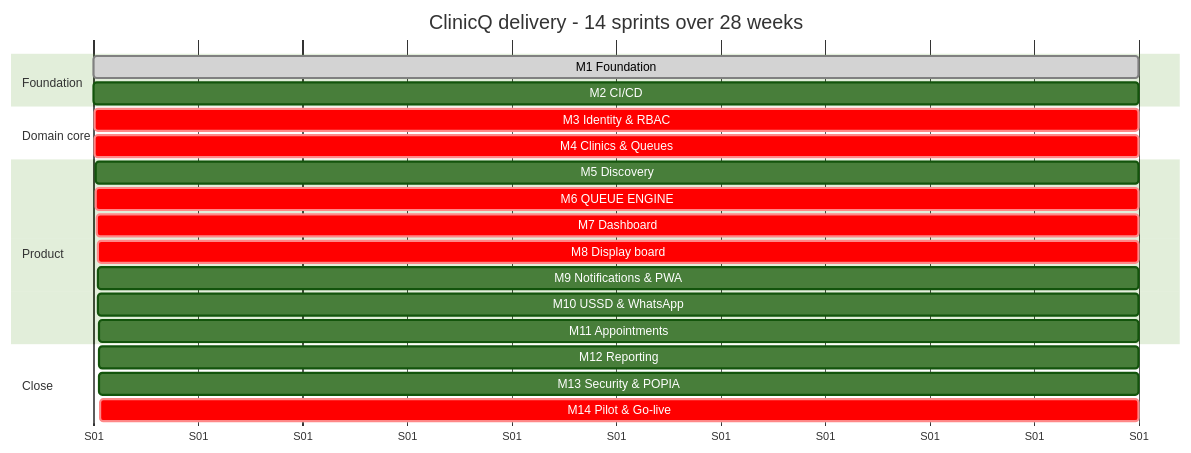
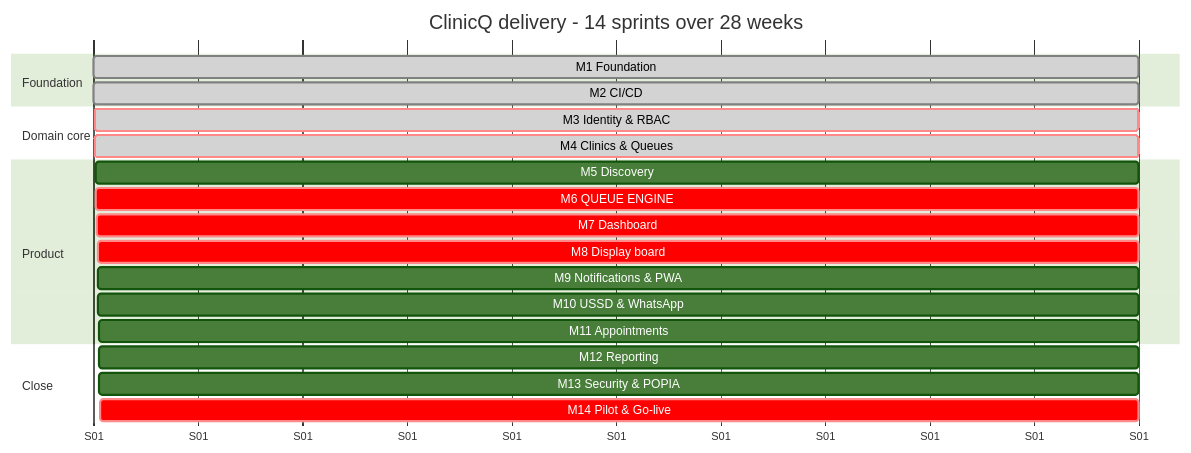
The second of 2 diagrams in docs/PLAN/IMPLEMENTATION_PLAN.md (Billykat7/clinicQ), drawn with Mermaid (forest theme) before and after one commit. The commit also changed 2 other files, not shown here.

First paragraph of the commit message:
Issue 30: Say that M4 is delivered in the docs that track it by hand
The generated bars moved in the last commit; these three files are written by hand and still
described a milestone that had not started.

````diff
--- a/docs/PLAN/IMPLEMENTATION_PLAN.md
+++ b/docs/PLAN/IMPLEMENTATION_PLAN.md
@@ -76,24 +76,24 @@
 ```mermaid
 gantt
     title ClinicQ delivery - 14 sprints over 28 weeks
     dateFormat X
     axisFormat S%d
     section Foundation
     M1 Foundation            :done,   m1, 0, 2
-    M2 CI/CD                 :        m2, 1, 2
+    M2 CI/CD                 :done,   m2, 1, 2
     section Domain core
-    M3 Identity & RBAC       :crit,   m3, 2, 2
-    M4 Clinics & Queues      :crit,   m4, 3, 2
+    M3 Identity & RBAC       :crit, done, m3, 2, 2
+    M4 Clinics & Queues      :crit, done, m4, 3, 2
     section Product
     M5 Discovery             :        m5, 4, 2
     M6 QUEUE ENGINE          :crit,   m6, 5, 2
     M7 Dashboard             :crit,   m7, 7, 2
     M8 Display board         :crit,   m8, 8, 2
     M9 Notifications & PWA   :        m9, 8, 2
     M10 USSD & WhatsApp      :        m10, 9, 2
     M11 Appointments         :        m11, 10, 2
     section Close
     M12 Reporting            :        m12, 11, 2
     M13 Security & POPIA     :        m13, 11, 2
     M14 Pilot & Go-live      :crit,   m14, 12, 2
 ```
````
